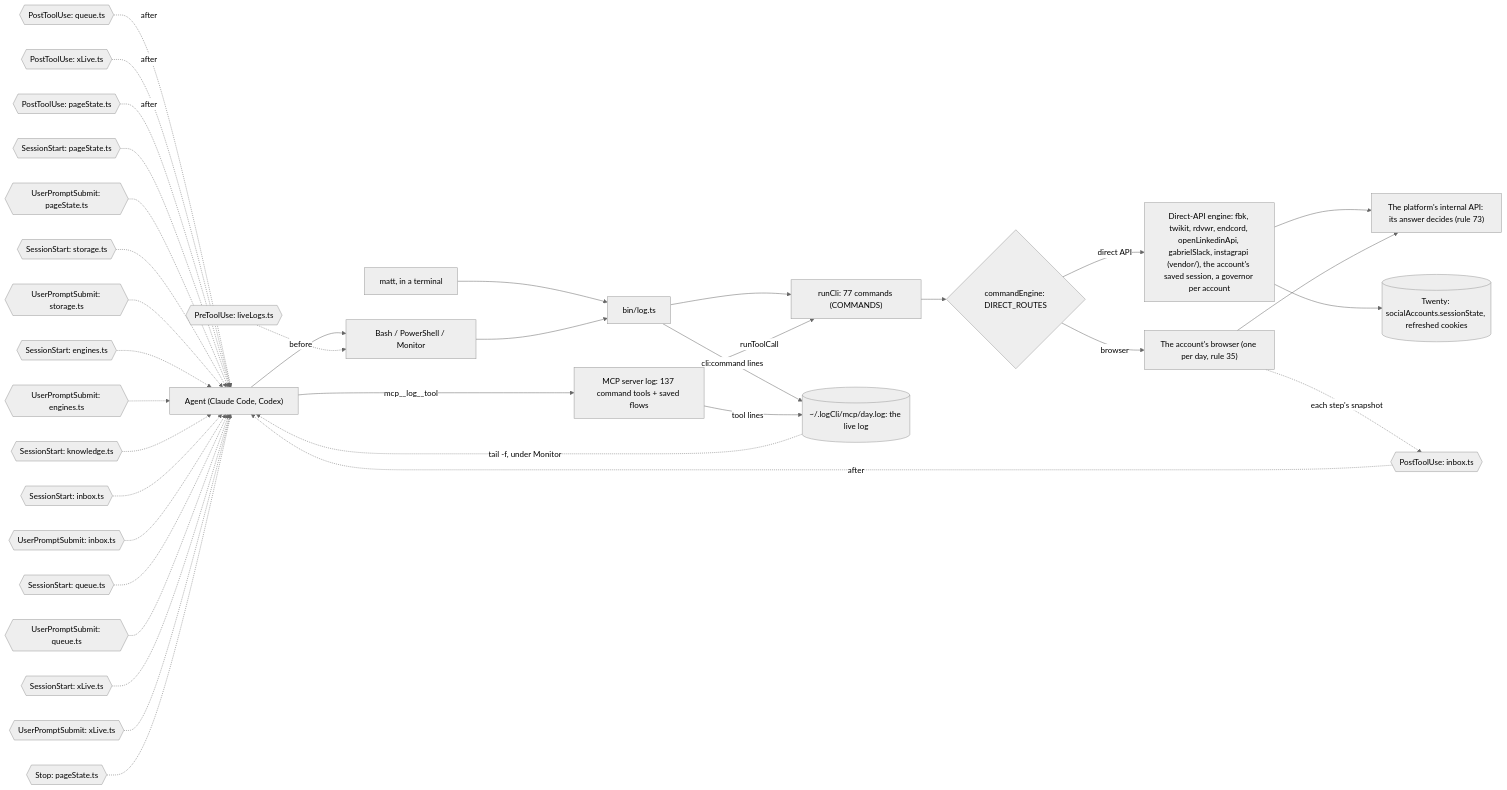
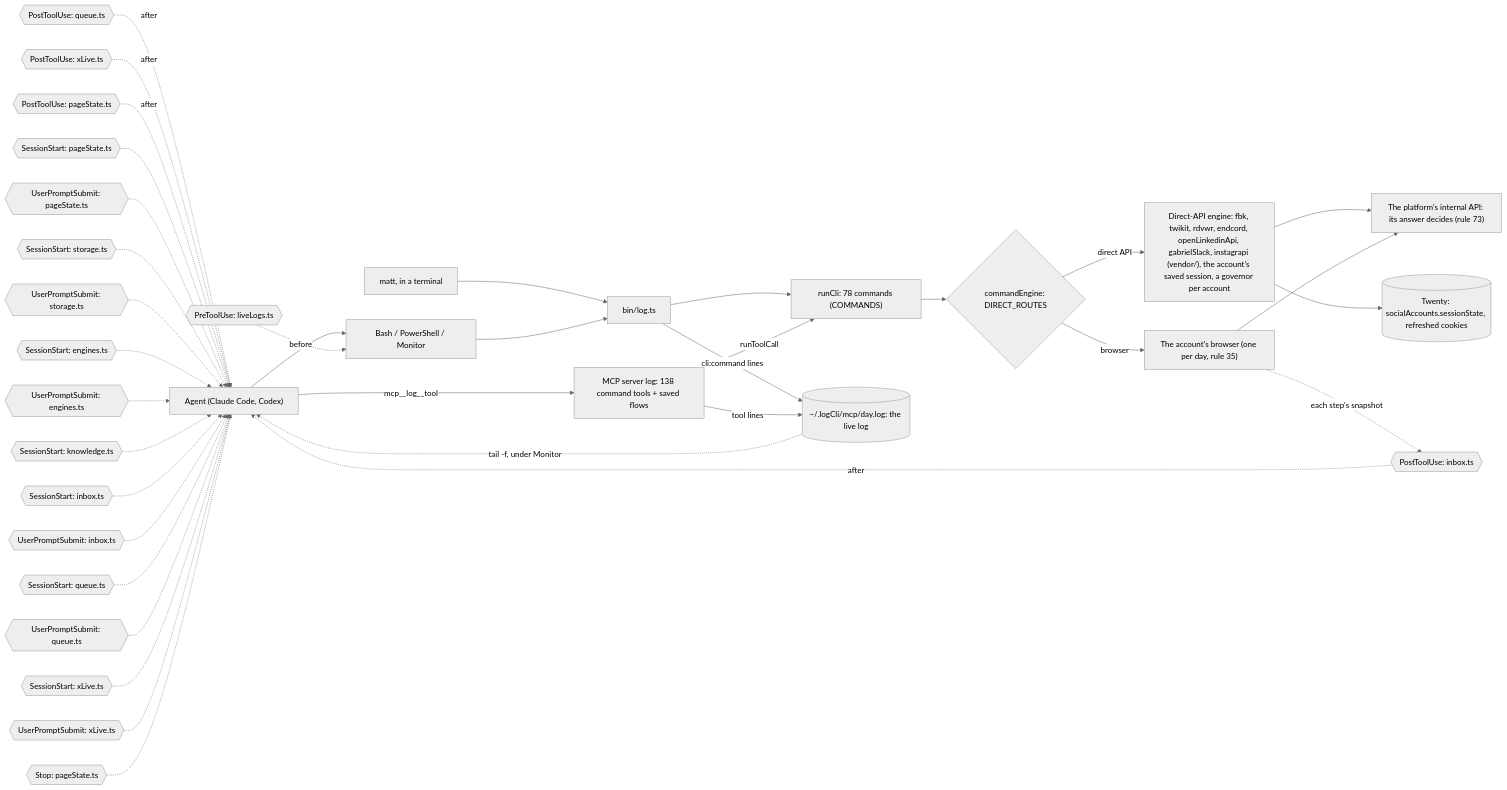
The third of 6 diagrams in docs/reference.md (matthewdonsemail-lab/log), drawn with Mermaid (neutral theme) before and after one commit. The commit also changed other lines of this file and 18 other files, not shown here.

````diff
--- a/docs/reference.md
+++ b/docs/reference.md
@@ -175,50 +176,50 @@
 ```mermaid
 flowchart LR
   agent["Agent (Claude Code, Codex)"]
   matt["matt, in a terminal"]
   shell["Bash / PowerShell / Monitor"]
-  mcp["MCP server log: 137 command tools + saved flows"]
+  mcp["MCP server log: 138 command tools + saved flows"]
   bin["bin/log.ts"]
-  runCli["runCli: 77 commands (COMMANDS)"]
+  runCli["runCli: 78 commands (COMMANDS)"]
   live[("~/.logCli/mcp/day.log: the live log")]
   engine{"commandEngine: DIRECT_ROUTES"}
   direct["Direct-API engine: fbk, twikit, rdvwr, endcord, openLinkedinApi, gabrielSlack, instagrapi (vendor/), the account's saved session, a governor per account"]
   browser["The account's browser (one per day, rule 35)"]
   api["The platform's internal API: its answer decides (rule 73)"]
   twenty[("Twenty: socialAccounts.sessionState, refreshed cookies")]
   agent --> shell
   matt --> bin
   shell --> bin
   agent -->|mcp__log__tool| mcp
   bin --> runCli
   mcp -->|runToolCall| runCli
   runCli --> engine
   engine -->|direct API| direct
   engine -->|browser| browser
   direct --> api
   browser --> api
   direct --> twenty
   bin -->|cli:command lines| live
   mcp -->|tool lines| live
   live -.->|tail -f, under Monitor| agent
   pre0{{"PreToolUse: liveLogs.ts"}} -.->|before| shell
   post0{{"PostToolUse: inbox.ts"}} -.->|after| agent
   post1{{"PostToolUse: queue.ts"}} -.->|after| agent
   post2{{"PostToolUse: xLive.ts"}} -.->|after| agent
   post3{{"PostToolUse: pageState.ts"}} -.->|after| agent
   turn0{{"SessionStart: pageState.ts"}} -.-> agent
   turn1{{"UserPromptSubmit: pageState.ts"}} -.-> agent
   turn2{{"SessionStart: storage.ts"}} -.-> agent
   turn3{{"UserPromptSubmit: storage.ts"}} -.-> agent
   turn4{{"SessionStart: engines.ts"}} -.-> agent
   turn5{{"UserPromptSubmit: engines.ts"}} -.-> agent
   turn6{{"SessionStart: knowledge.ts"}} -.-> agent
   turn7{{"SessionStart: inbox.ts"}} -.-> agent
   turn8{{"UserPromptSubmit: inbox.ts"}} -.-> agent
   turn9{{"SessionStart: queue.ts"}} -.-> agent
   turn10{{"UserPromptSubmit: queue.ts"}} -.-> agent
   turn11{{"SessionStart: xLive.ts"}} -.-> agent
   turn12{{"UserPromptSubmit: xLive.ts"}} -.-> agent
   turn13{{"Stop: pageState.ts"}} -.-> agent
   browser -.->|each step's snapshot| post0
 ```
````
